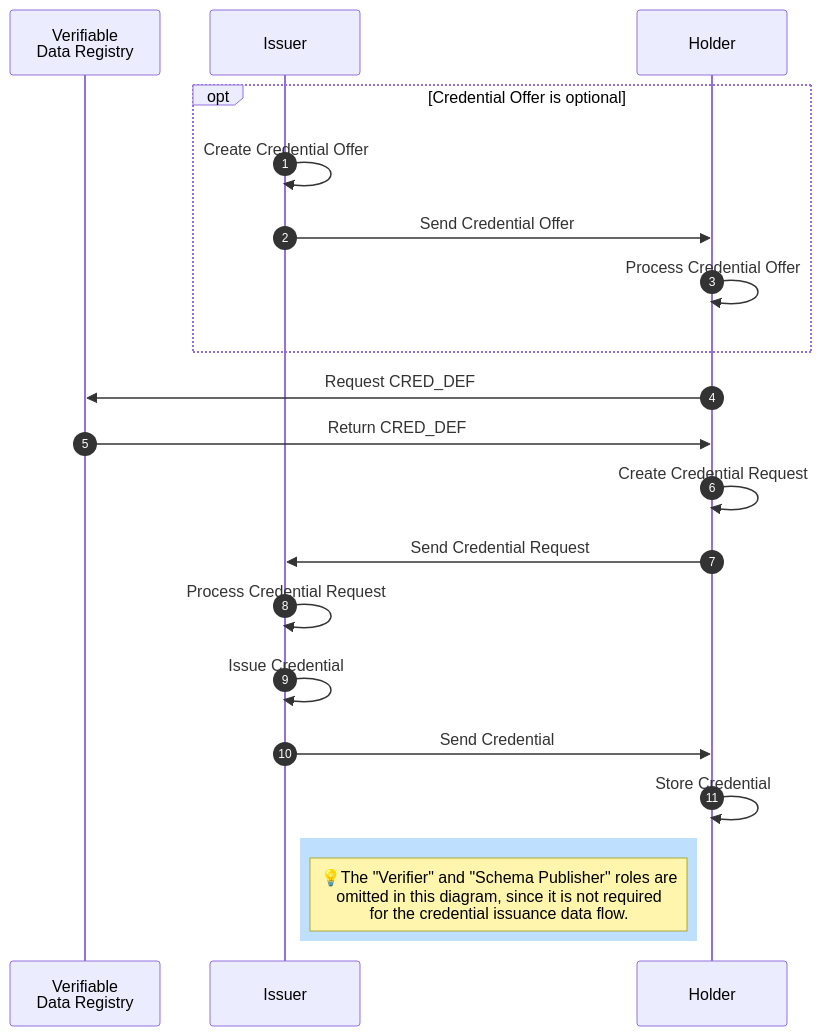
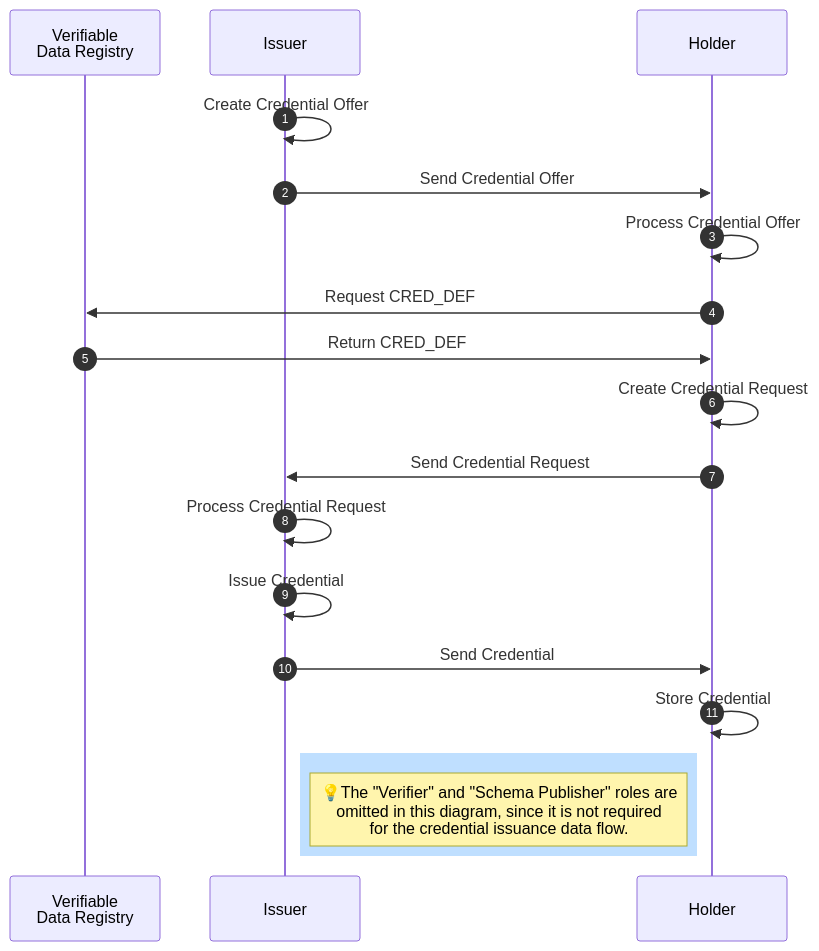
Before and after one commit to hyperledger/anoncreds-spec: the diagram in spec/data_flow_issuance.md, drawn with Mermaid. The commit also changed other lines of this file and 1 other file, not shown here.

Commit message:
Removed that credential offer is optional.

````diff
--- a/spec/data_flow_issuance.md
+++ b/spec/data_flow_issuance.md
@@ -5,41 +5,39 @@
 ```mermaid
 sequenceDiagram
     autonumber
     participant L as Verifiable<br>Data Registry
     participant I as Issuer
     participant H as Holder  
 
 
     %%I ->> I: issuer_create_credential_offer<br>(wallet_handle, cred_def_id)
     %%I ->> H: Send offer-credential
     %%H ->> H: Process offer-credential
     %%H ->> H: build_get_cred_def_request(issuer_DID, cred_def_id)
     %%H ->> L: submit_request(pool_handle, get_cred_def_request)
     %%H ->> H: parse_get_cred_def_response(get_cred_def_response)
     %%H ->> I: prover_create_credential_req(wallet_handle, issuer_DID,<br>credential_offer, cred_def, master_secret_id)
     %%H ->> I: send credential request
  
     %%I ->> I: Prepare RAW attribute values and encode them
     %%I ->> I: issuer_create_credential(wallet_handle,<br>credential_offer, credential_request <br>transcript_cred_values, None, None)
     %%I ->> H: Send credential
     %%H ->> H: prover_store_credential(wallet_handle, None,<br>credential_request, meta_data, %%credential,<br>credential_definition, None)
 
-opt Credential Offer is optional
   I ->> I: Create Credential Offer
   I ->> H: Send Credential Offer
   H ->> H: Process Credential Offer
-end
   H ->> L: Request CRED_DEF
   L ->> H: Return CRED_DEF
   H ->> H: Create Credential Request
   H ->> I: Send Credential Request
   I ->> I: Process Credential Request
   I ->> I: Issue Credential
   I ->> H: Send Credential
   H ->> H: Store Credential
 
 
   rect rgb(191, 223, 255)
     Note left of H: 💡The "Verifier" and "Schema Publisher" roles are<br>omitted in this diagram, since it is not required<br>for the credential issuance data flow.
   end
 ```
````
